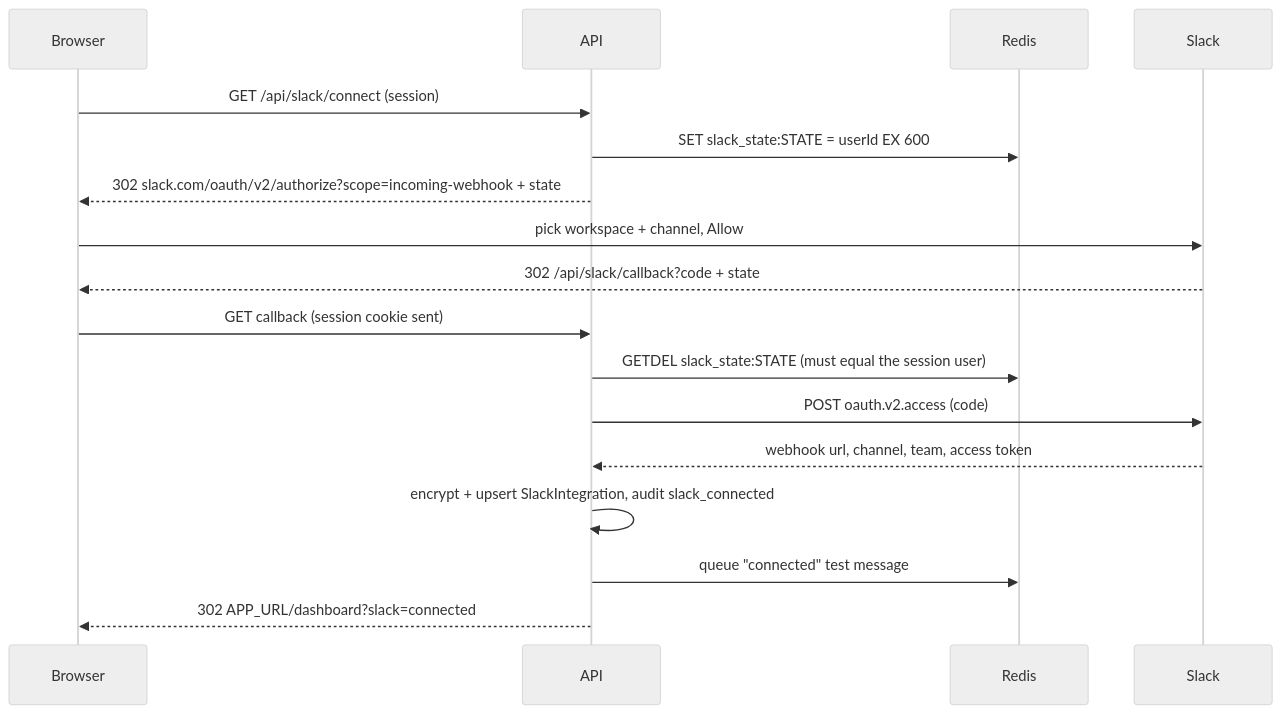
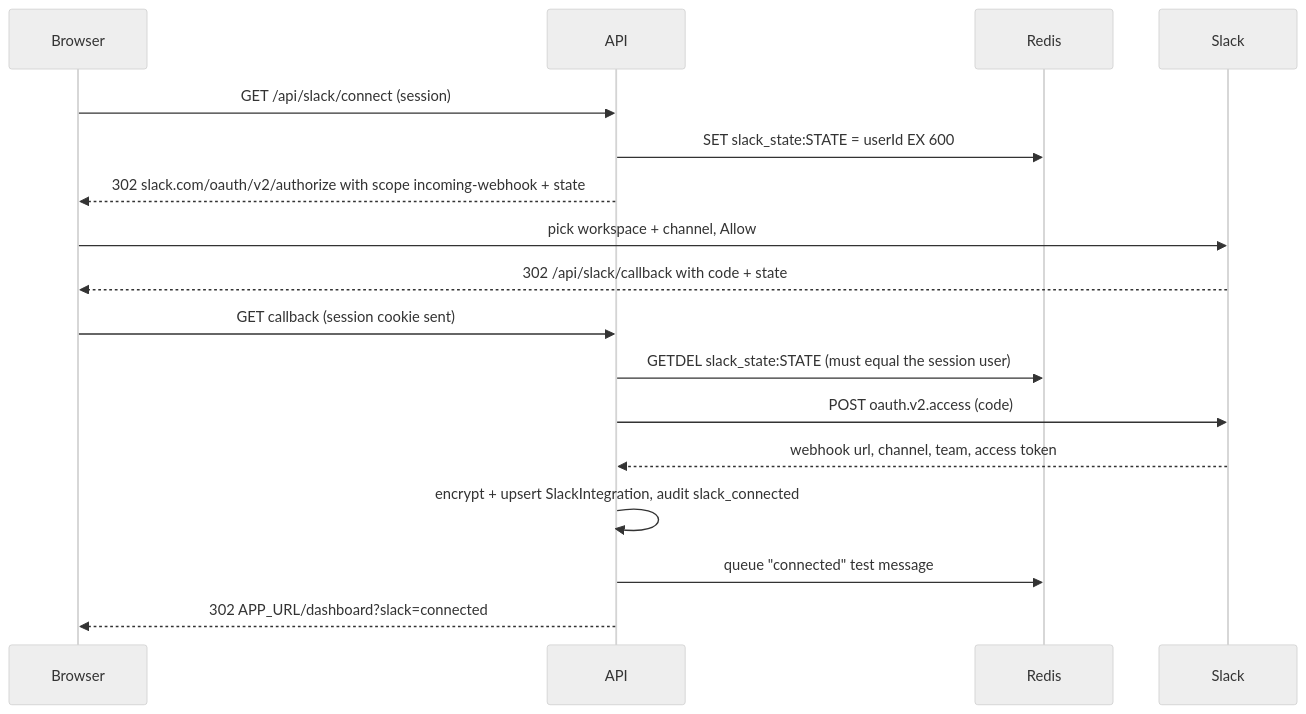
Before and after one commit to Shikhar1808/rottom-mail: the second of 2 diagrams in docs/06-auth-slack.md, drawn with Mermaid (neutral theme). The commit also changed other lines of this file and 11 other files, not shown here.

````diff
--- a/docs/06-auth-slack.md
+++ b/docs/06-auth-slack.md
@@ -114,19 +172,19 @@
 ```mermaid
 sequenceDiagram
   participant B as Browser
   participant A as API
   participant R as Redis
   participant S as Slack
   B->>A: GET /api/slack/connect (session)
   A->>R: SET slack_state:STATE = userId EX 600
-  A-->>B: 302 slack.com/oauth/v2/authorize?scope=incoming-webhook + state
+  A-->>B: 302 slack.com/oauth/v2/authorize with scope incoming-webhook + state
   B->>S: pick workspace + channel, Allow
-  S-->>B: 302 /api/slack/callback?code + state
+  S-->>B: 302 /api/slack/callback with code + state
   B->>A: GET callback (session cookie sent)
   A->>R: GETDEL slack_state:STATE (must equal the session user)
   A->>S: POST oauth.v2.access (code)
   S-->>A: webhook url, channel, team, access token
   A->>A: encrypt + upsert SlackIntegration, audit slack_connected
   A->>R: queue "connected" test message
   A-->>B: 302 APP_URL/dashboard?slack=connected
 ```
````
